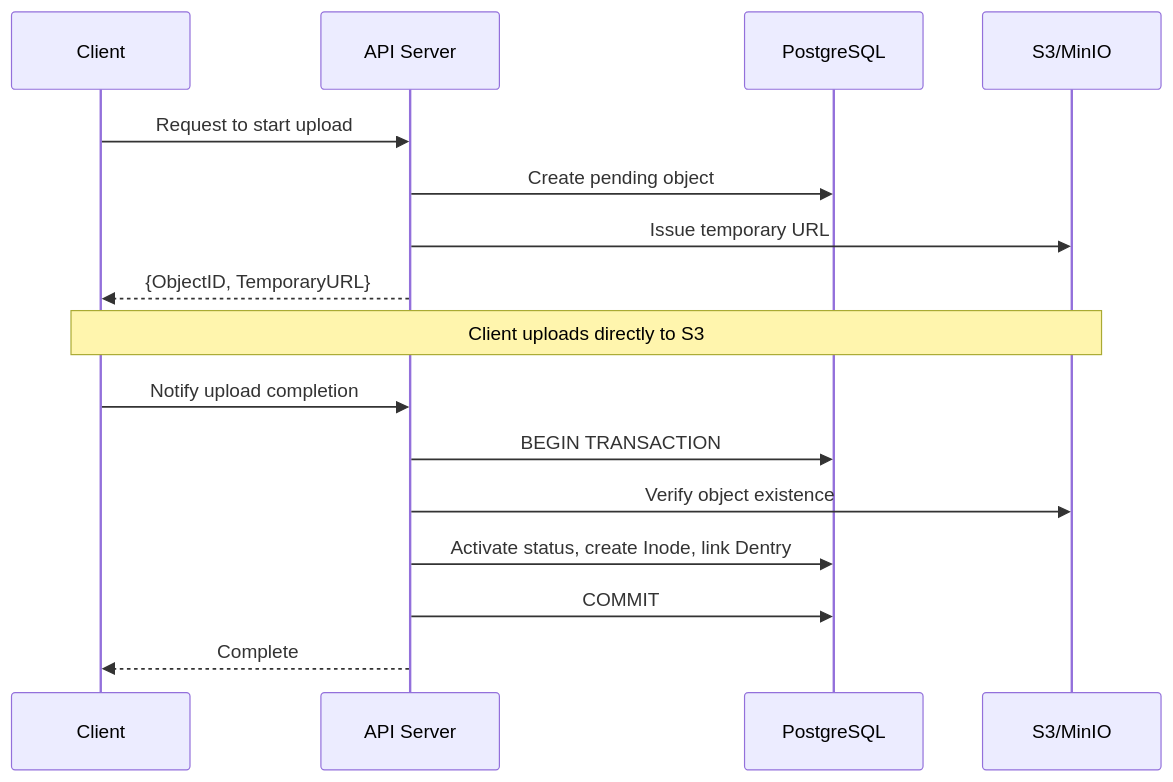
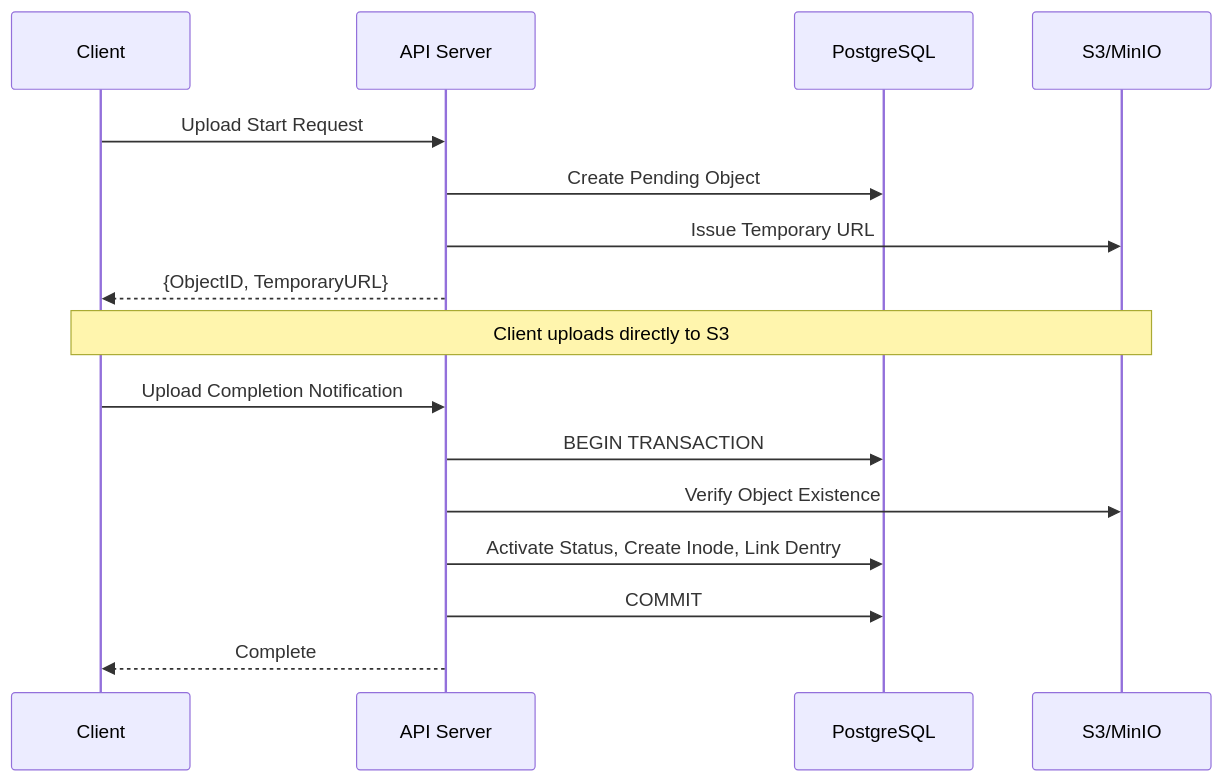
The second of 2 diagrams in src/content/blog/en/retrowin-deep-dive.md (mandacode-labs/mandacode-devs), drawn with Mermaid before and after one commit. The commit also changed other lines of this file and 34 other files, not shown here.

````diff
--- a/src/content/blog/en/retrowin-deep-dive.md
+++ b/src/content/blog/en/retrowin-deep-dive.md
@@ -47,21 +47,21 @@
 ```mermaid
 sequenceDiagram
     participant Client as Client
     participant API as API Server
     participant DB as PostgreSQL
     participant S3 as S3/MinIO
 
-    Client->>API: Request to start upload
-    API->>DB: Create pending object
-    API->>S3: Issue temporary URL
+    Client->>API: Upload Start Request
+    API->>DB: Create Pending Object
+    API->>S3: Issue Temporary URL
     API-->>Client: {ObjectID, TemporaryURL}
 
     Note over Client,S3: Client uploads directly to S3
 
-    Client->>API: Notify upload completion
+    Client->>API: Upload Completion Notification
     API->>DB: BEGIN TRANSACTION
-    API->>S3: Verify object existence
-    API->>DB: Activate status, create Inode, link Dentry
+    API->>S3: Verify Object Existence
+    API->>DB: Activate Status, Create Inode, Link Dentry
     API->>DB: COMMIT
     API-->>Client: Complete
 ```
````
